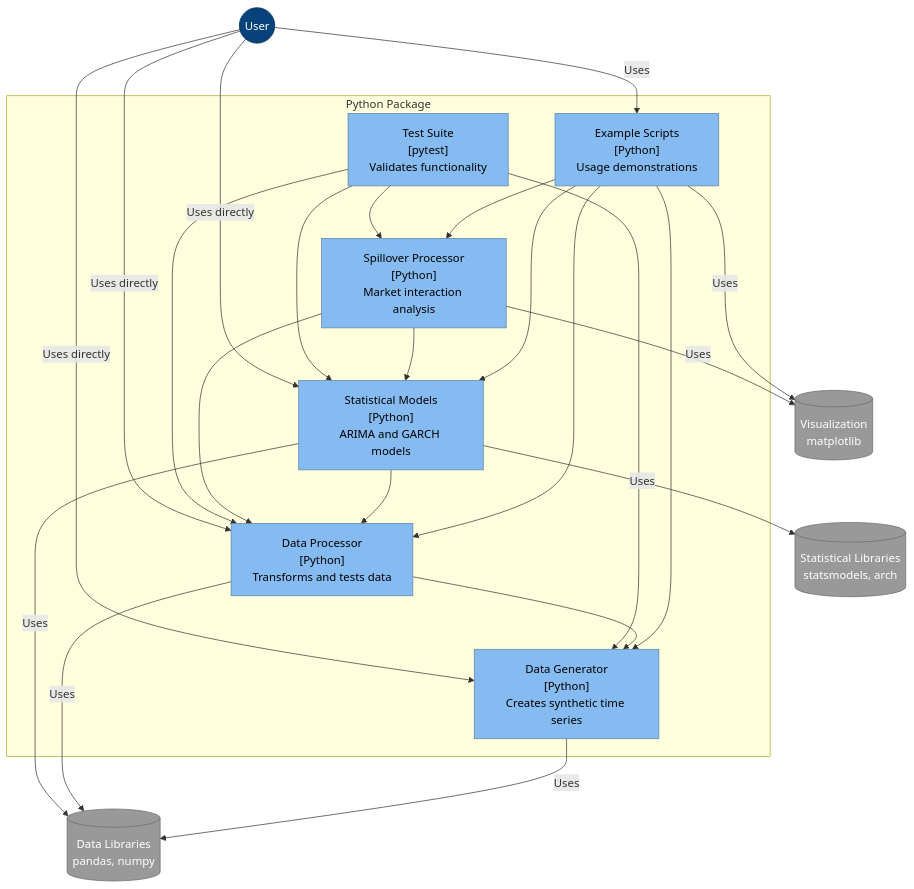
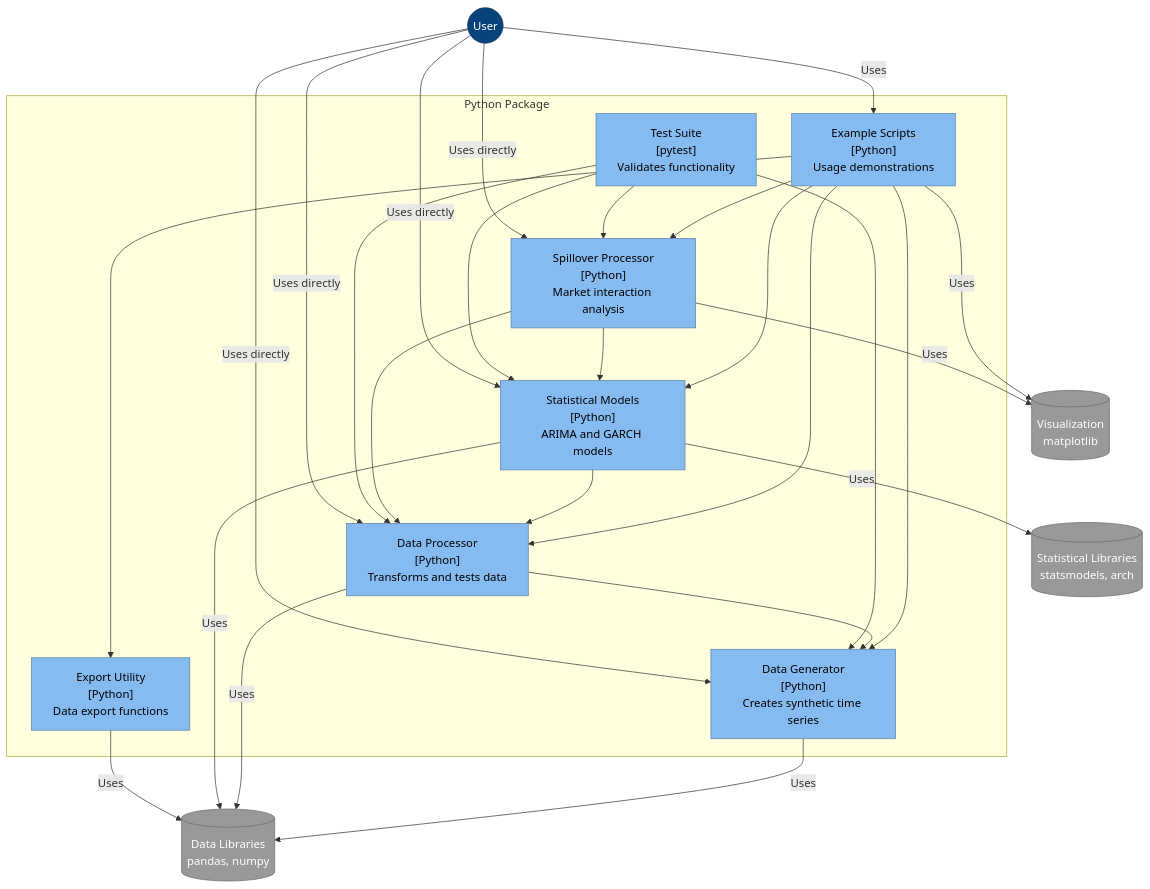
The third of 5 diagrams in README.md (garthmortensen/timeseries-compute), drawn with Mermaid before and after one commit. The commit also changed other lines of this file and 1 other file, not shown here.

````diff
--- a/README.md
+++ b/README.md
@@ -192,52 +196,56 @@
 ```mermaid
 flowchart TB
     %% Styling
     classDef person fill:#08427B,color:#fff,stroke:#052E56,stroke-width:1px
     classDef component fill:#85BBF0,color:#000,stroke:#5D82A8,stroke-width:1px
     classDef container fill:#438DD5,color:#fff,stroke:#2E6295,stroke-width:1px
     classDef external fill:#999999,color:#fff,stroke:#6B6B6B,stroke-width:1px
     
     %% Person
     User((User)):::person
     
     %% Package Container
     subgraph PythonPackage["Python Package"]
         DataGenerator["Data Generator<br>[Python]<br>Creates synthetic time series"]:::component
         DataProcessor["Data Processor<br>[Python]<br>Transforms and tests data"]:::component
         StatsModels["Statistical Models<br>[Python]<br>ARIMA and GARCH models"]:::component
         SpilloverProcessor["Spillover Processor<br>[Python]<br>Market interaction analysis"]:::component
+        ExportUtil["Export Utility<br>[Python]<br>Data export functions"]:::component
         ExampleScripts["Example Scripts<br>[Python]<br>Usage demonstrations"]:::component
         TestSuite["Test Suite<br>[pytest]<br>Validates functionality"]:::component
         
         %% Component relationships
         ExampleScripts --> DataGenerator
         ExampleScripts --> DataProcessor
         ExampleScripts --> StatsModels
         ExampleScripts --> SpilloverProcessor
+        ExampleScripts --> ExportUtil
         DataProcessor --> DataGenerator
         StatsModels --> DataProcessor
         SpilloverProcessor --> StatsModels
         SpilloverProcessor --> DataProcessor
         TestSuite --> DataGenerator
         TestSuite --> DataProcessor
         TestSuite --> StatsModels
         TestSuite --> SpilloverProcessor
     end
 
     %% External Components
     StatsLibraries[(Statistical Libraries<br>statsmodels, arch)]:::external
     DataLibraries[(Data Libraries<br>pandas, numpy)]:::external
     VisualizationLibraries[(Visualization<br>matplotlib)]:::external
     
     %% Relationships
     User -- "Uses" --> ExampleScripts
     User -- "Uses directly" --> DataGenerator
     User -- "Uses directly" --> DataProcessor
     User -- "Uses directly" --> StatsModels
+    User -- "Uses directly" --> SpilloverProcessor
     DataGenerator -- "Uses" --> DataLibraries
     DataProcessor -- "Uses" --> DataLibraries
     StatsModels -- "Uses" --> StatsLibraries
     StatsModels -- "Uses" --> DataLibraries
     ExampleScripts -- "Uses" --> VisualizationLibraries
     SpilloverProcessor -- "Uses" --> VisualizationLibraries
+    ExportUtil -- "Uses" --> DataLibraries
 ```
````
